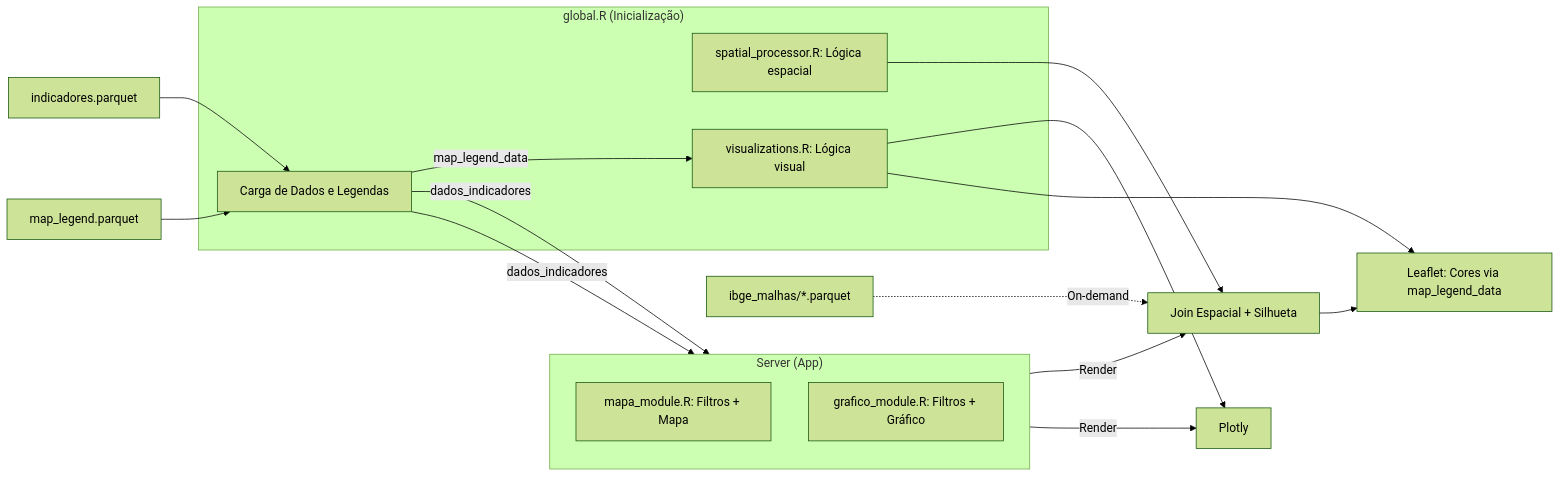
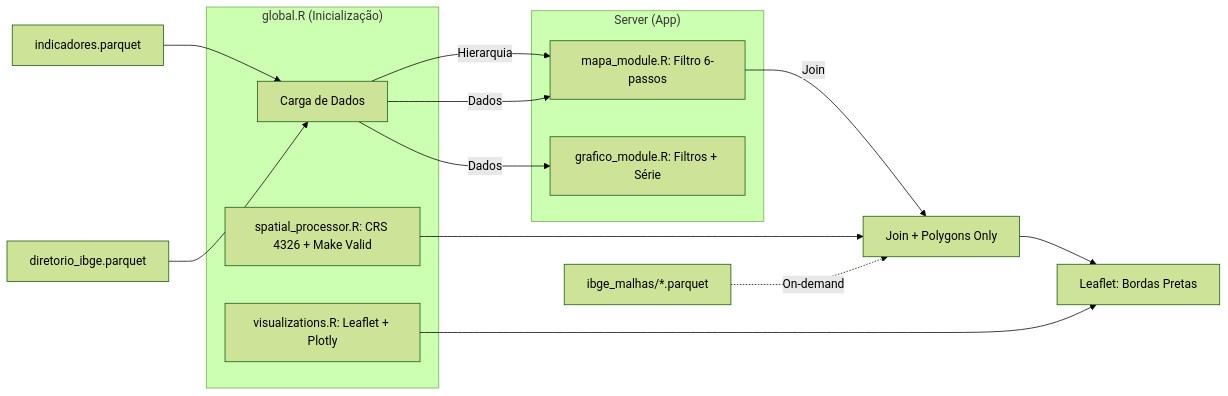
Before and after one commit to inct-labplan/shiny-it: the second of 2 diagrams in README.md, drawn with Mermaid (forest theme). The commit also changed other lines of this file and 7 other files, not shown here.

````diff
--- a/README.md
+++ b/README.md
@@ -78,34 +76,30 @@
 ```mermaid
 graph LR
     DB["indicadores.parquet"]
-    LEG_DB["map_legend.parquet"]
+    DIR_DB["diretorio_ibge.parquet"]
     MALHAS_DB["ibge_malhas/*.parquet"]
 
     subgraph Global ["global.R (Inicialização)"]
-        LOAD["Carga de Dados e Legendas"]
-        SP["spatial_processor.R: Lógica espacial"]
-        VIZ["visualizations.R: Lógica visual"]
+        LOAD["Carga de Dados"]
+        SP["spatial_processor.R: CRS 4326 + Make Valid"]
+        VIZ["visualizations.R: Leaflet + Plotly"]
     end
 
     DB --> LOAD
-    LEG_DB --> LOAD
-    LOAD -->|dados_indicadores| M_MAPA
-    LOAD -->|dados_indicadores| M_GRAFICO
-    LOAD -->|map_legend_data| VIZ
+    DIR_DB --> LOAD
+    LOAD -->|Hierarquia| M_MAPA
+    LOAD -->|Dados| M_MAPA
+    LOAD -->|Dados| M_GRAFICO
 
     subgraph Server ["Server (App)"]
-        direction TB
-        M_MAPA["mapa_module.R: Filtros + Mapa"]
-        M_GRAFICO["grafico_module.R: Filtros + Gráfico"]
+        M_MAPA["mapa_module.R: Filtro 6-passos"]
+        M_GRAFICO["grafico_module.R: Filtros + Série"]
     end
 
-    M_MAPA -->|Render| MAP_JOIN["Join Espacial + Silhueta"]
-    M_GRAFICO -->|Render| PLOT["Plotly"]
+    M_MAPA -->|Join| MAP_JOIN["Join + Polygons Only"]
+    MAP_JOIN --> MAP_BUILD["Leaflet: Bordas Pretas"]
     
-    MAP_JOIN --> MAP_BUILD["Leaflet: Cores via map_legend_data"]
-    
-    VIZ --> PLOT
+    SP --> MAP_JOIN
     VIZ --> MAP_BUILD
-    SP --> MAP_JOIN
     MALHAS_DB -.->|On-demand| MAP_JOIN
 ```
````
